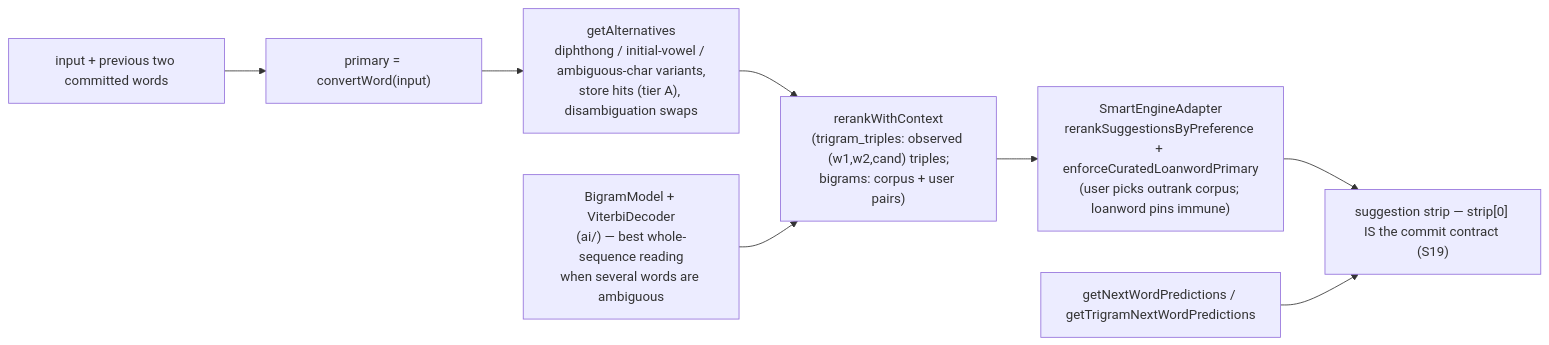
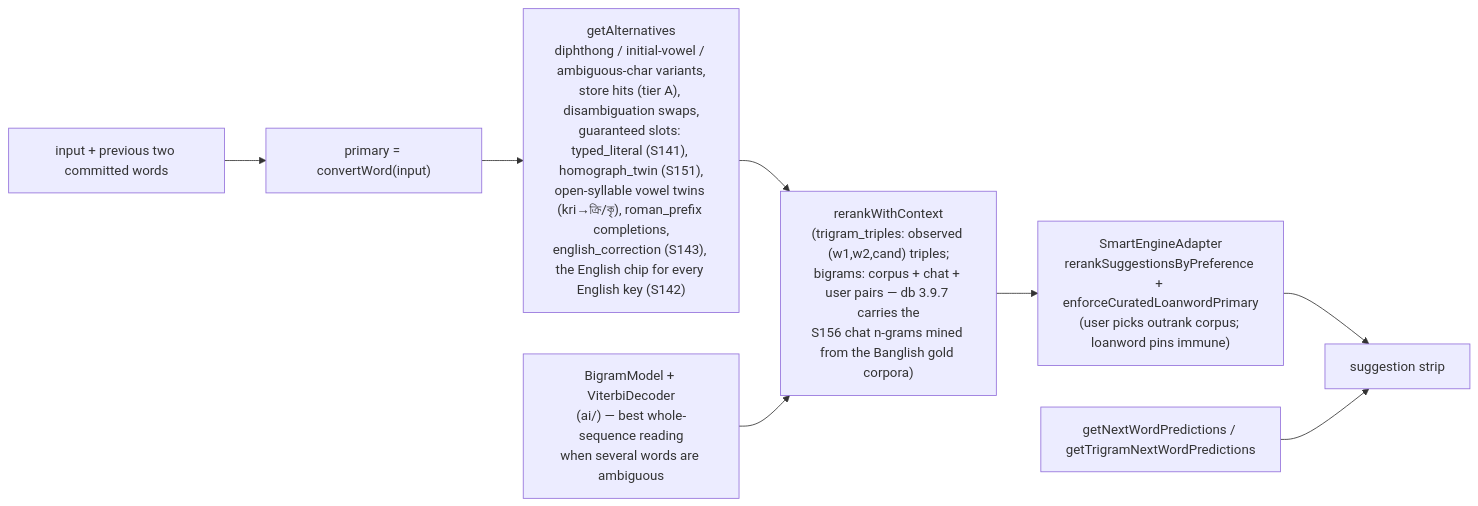
The fifth of 10 diagrams in docs/architecture/engine-architecture.md (Shahabul87/banglu-kmp), drawn with Mermaid before and after one commit. The commit also changed other lines of this file, not shown here.

````diff
--- a/docs/architecture/engine-architecture.md
+++ b/docs/architecture/engine-architecture.md
@@ -172,10 +242,10 @@
 ```mermaid
 flowchart LR
     IN["input + previous two committed words"] --> PRIM["primary = convertWord(input)"]
-    PRIM --> ALT["getAlternatives<br/>diphthong / initial-vowel / ambiguous-char variants,<br/>store hits (tier A), disambiguation swaps"]
-    ALT --> CTX["rerankWithContext<br/>(trigram_triples: observed (w1,w2,cand) triples;<br/>bigrams: corpus + user pairs)"]
+    PRIM --> ALT["getAlternatives<br/>diphthong / initial-vowel / ambiguous-char variants,<br/>store hits (tier A), disambiguation swaps,<br/>guaranteed slots: typed_literal (S141), homograph_twin (S151),<br/>open-syllable vowel twins (kri→ক্রি/কৃ), roman_prefix completions,<br/>english_correction (S143), the English chip for every English key (S142)"]
+    ALT --> CTX["rerankWithContext<br/>(trigram_triples: observed (w1,w2,cand) triples;<br/>bigrams: corpus + chat + user pairs — db 3.9.7 carries the<br/>S156 chat n-grams mined from the Banglish gold corpora)"]
     CTX --> PREF["SmartEngineAdapter<br/>rerankSuggestionsByPreference + enforceCuratedLoanwordPrimary<br/>(user picks outrank corpus; loanword pins immune)"]
-    PREF --> STRIP["suggestion strip — strip[0] IS the commit contract (S19)"]
+    PREF --> STRIP["suggestion strip"]
     PREV["getNextWordPredictions / getTrigramNextWordPredictions"] --> STRIP
     BM["BigramModel + ViterbiDecoder<br/>(ai/) — best whole-sequence reading<br/>when several words are ambiguous"] --> CTX
 ```
````
